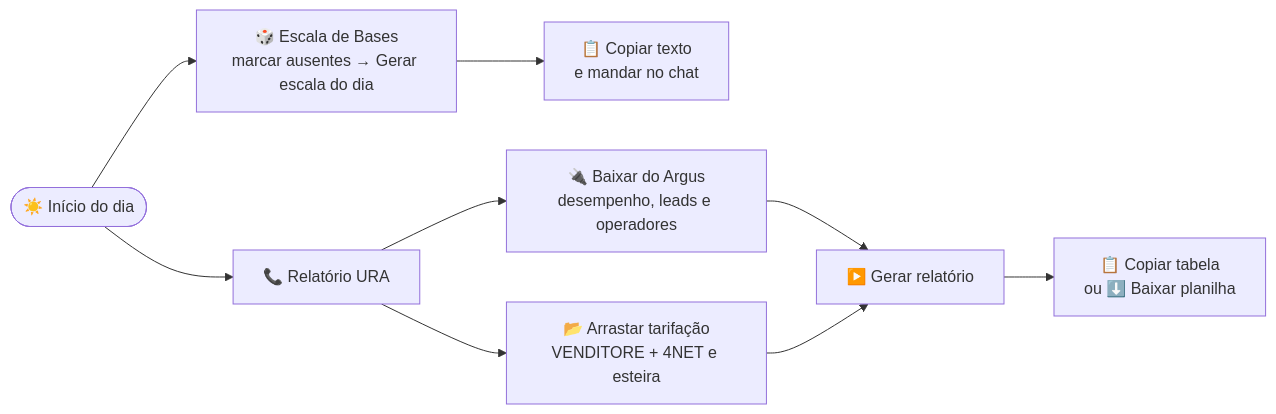
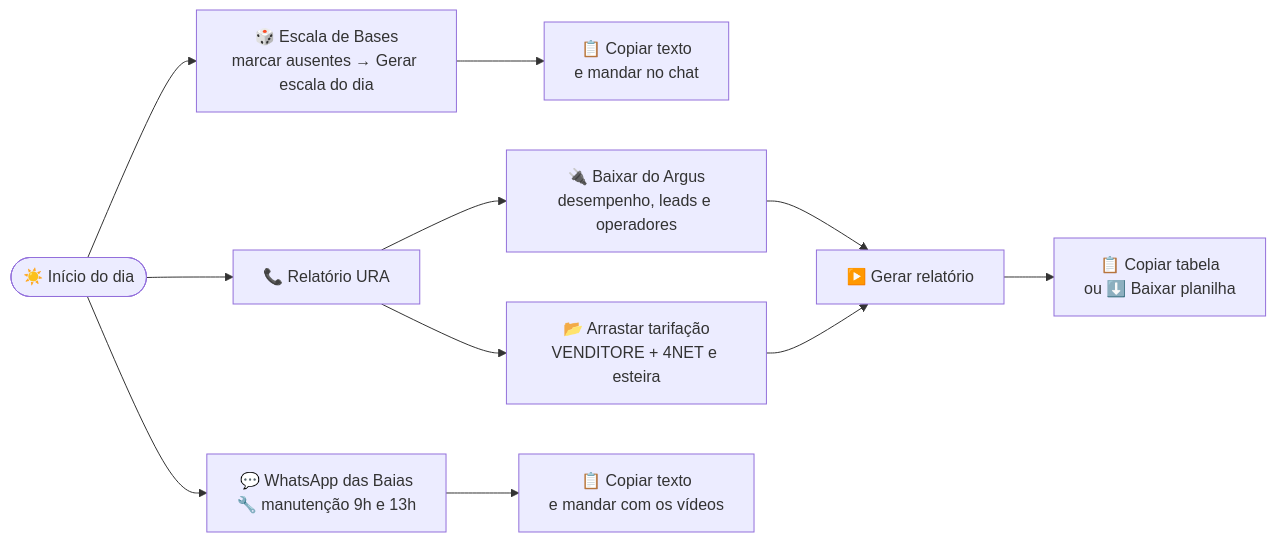
The first of 2 diagrams in README.md (ProfetaSaru/BENHERMES), drawn with Mermaid before and after one commit. The commit also changed other lines of this file and 4 other files, not shown here.

````diff
--- a/README.md
+++ b/README.md
@@ -59,11 +59,13 @@
 ```mermaid
 flowchart LR
     A([☀️ Início do dia]) --> B[🎲 Escala de Bases<br/>marcar ausentes → Gerar escala do dia]
     B --> C[📋 Copiar texto<br/>e mandar no chat]
     A --> D[📞 Relatório URA]
     D --> E[🔌 Baixar do Argus<br/>desempenho, leads e operadores]
     D --> F[📂 Arrastar tarifação<br/>VENDITORE + 4NET e esteira]
     E --> G[▶️ Gerar relatório]
     F --> G
     G --> H[📋 Copiar tabela<br/>ou ⬇️ Baixar planilha]
+    A --> I[💬 WhatsApp das Baias<br/>🔧 manutenção 9h e 13h]
+    I --> J[📋 Copiar texto<br/>e mandar com os vídeos]
 ```
````
